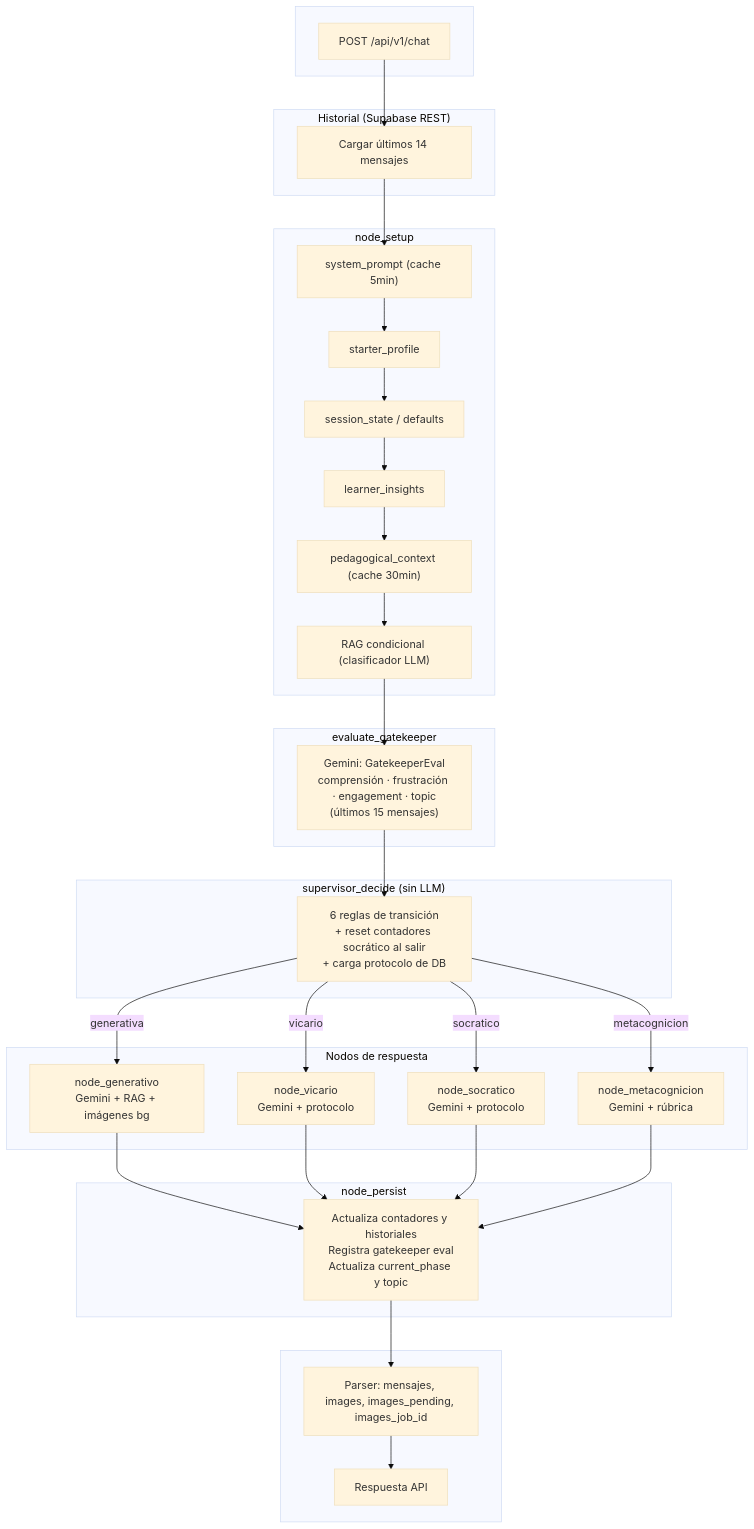
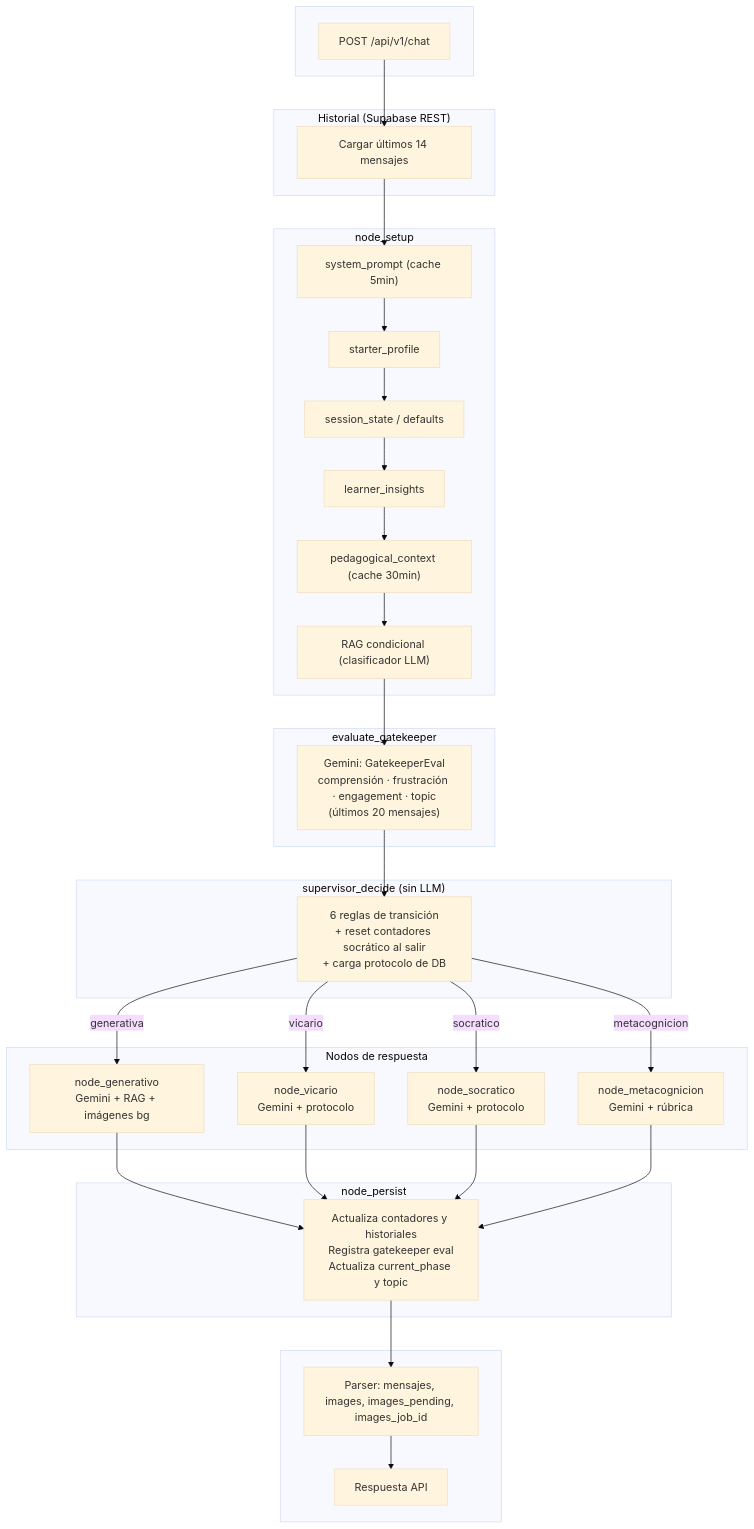
The diagram in docs/flujo-agente.md (hublecarpio/biex_backend), drawn with Mermaid (base theme) before and after one commit. The commit also changed other lines of this file and 2 other files, not shown here.

Commit message:
perf: increase context window to 20 messages in gatekeeper and response nodes

````diff
--- a/docs/flujo-agente.md
+++ b/docs/flujo-agente.md
@@ -113,49 +113,49 @@
 ```mermaid
 flowchart TB
     subgraph entrada[" "]
         A["POST /api/v1/chat"]
     end
     subgraph historia["Historial (Supabase REST)"]
         B["Cargar últimos 14 mensajes"]
     end
     subgraph setup["node_setup"]
         C["system_prompt (cache 5min)"]
         D["starter_profile"]
         E["session_state / defaults"]
         F["learner_insights"]
         G["pedagogical_context (cache 30min)"]
         H["RAG condicional (clasificador LLM)"]
     end
     subgraph gatekeeper["evaluate_gatekeeper"]
-        I["Gemini: GatekeeperEval\ncomprensión · frustración · engagement · topic\n(últimos 15 mensajes)"]
+        I["Gemini: GatekeeperEval\ncomprensión · frustración · engagement · topic\n(últimos 20 mensajes)"]
     end
     subgraph supervisor["supervisor_decide (sin LLM)"]
         J["6 reglas de transición\n+ reset contadores socrático al salir\n+ carga protocolo de DB"]
     end
     subgraph nodos["Nodos de respuesta"]
         K["node_generativo\nGemini + RAG + imágenes bg"]
         L["node_vicario\nGemini + protocolo"]
         M["node_socratico\nGemini + protocolo"]
         N["node_metacognicion\nGemini + rúbrica"]
     end
     subgraph persist["node_persist"]
         O["Actualiza contadores y historiales\nRegistra gatekeeper eval\nActualiza current_phase y topic"]
     end
     subgraph salida[" "]
         P["Parser: mensajes, images, images_pending, images_job_id"]
         Q["Respuesta API"]
     end
 
     A --> B --> C
     C --> D --> E --> F --> G --> H
     H --> I --> J
     J -->|generativa| K
     J -->|vicario| L
     J -->|socratico| M
     J -->|metacognicion| N
     K --> O
     L --> O
     M --> O
     N --> O
     O --> P --> Q
 ```
````
